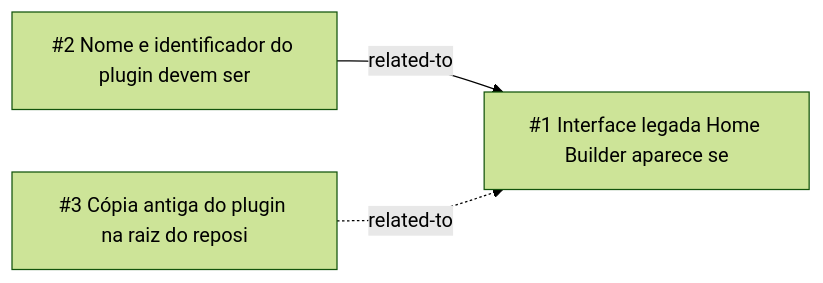
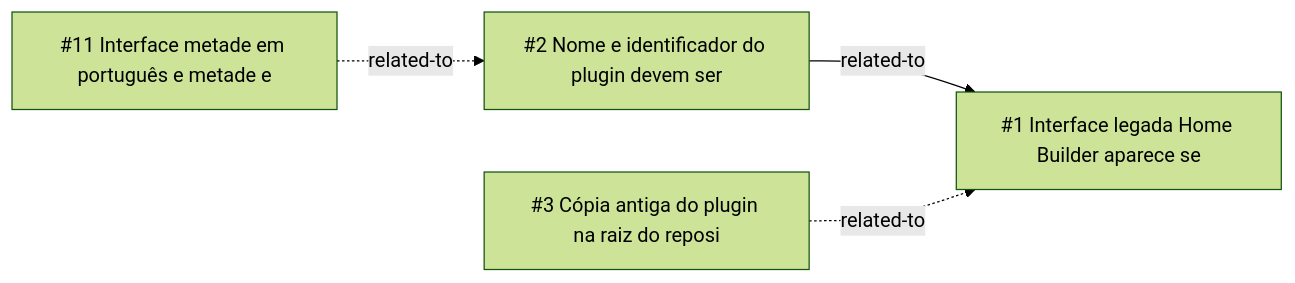
One commit to theLeonardoLima/BlenderPremiumMob changed the diagram in _reversa_bugs/plugin-caffmob-draw/generated/graph.md. Above: the diagram before and after it, drawn with Mermaid (forest theme). The commit also changed other lines of this file and 221 other files, not shown here.

````diff
--- a/_reversa_bugs/plugin-caffmob-draw/generated/graph.md
+++ b/_reversa_bugs/plugin-caffmob-draw/generated/graph.md
@@ -5,8 +5,10 @@
 ```mermaid
 graph LR
   BUG_20261006_NO4Q["#1 Interface legada Home Builder aparece se"]
   BUG_20261006_QAVK["#2 Nome e identificador do plugin devem ser"]
   BUG_20261006_SCVF["#3 Cópia antiga do plugin na raiz do reposi"]
+  BUG_20261007_FLZO["#11 Interface metade em português e metade e"]
   BUG_20261006_QAVK -->|related-to| BUG_20261006_NO4Q
   BUG_20261006_SCVF -.->|related-to| BUG_20261006_NO4Q
+  BUG_20261007_FLZO -.->|related-to| BUG_20261006_QAVK
 ```
````
